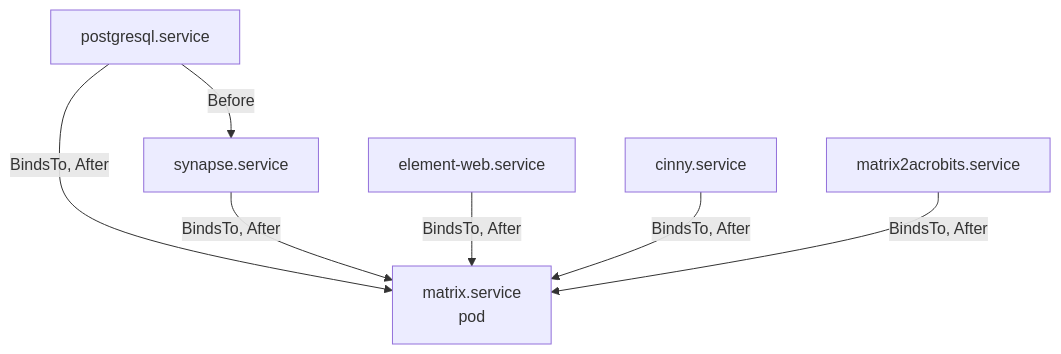
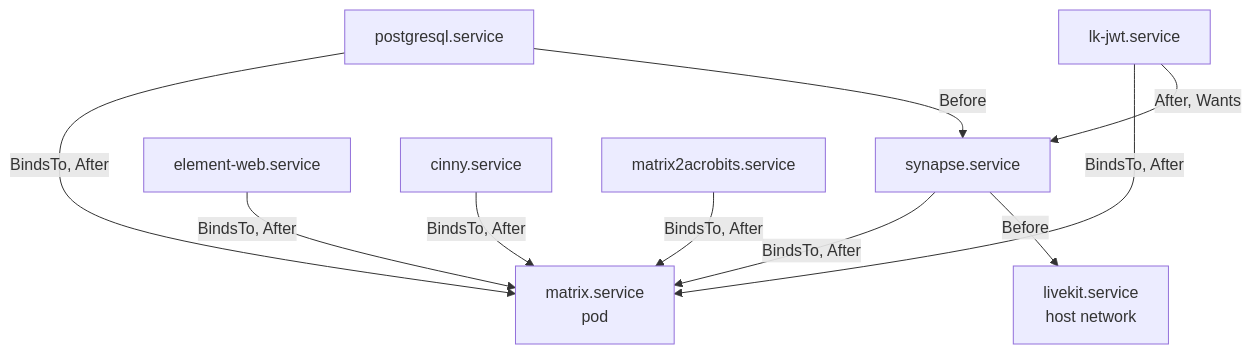
The third of 5 diagrams in docs/architecture.md (NethServer/ns8-matrix), drawn with Mermaid before and after one commit. The commit also changed other lines of this file and 31 other files, not shown here.

````diff
--- a/docs/architecture.md
+++ b/docs/architecture.md
@@ -66,15 +135,20 @@
 ```mermaid
 flowchart TB
     MX[matrix.service<br/>pod]
     PG[postgresql.service]
     SY[synapse.service]
     EW[element-web.service]
     CI[cinny.service]
     MA[matrix2acrobits.service]
+    LJ[lk-jwt.service]
+    LK[livekit.service<br/>host network]
     PG -- "BindsTo, After" --> MX
     SY -- "BindsTo, After" --> MX
     EW -- "BindsTo, After" --> MX
     CI -- "BindsTo, After" --> MX
     MA -- "BindsTo, After" --> MX
+    LJ -- "BindsTo, After" --> MX
+    LJ -- "After, Wants" --> SY
+    SY -- "Before" --> LK
     PG -- "Before" --> SY
 ```
````
